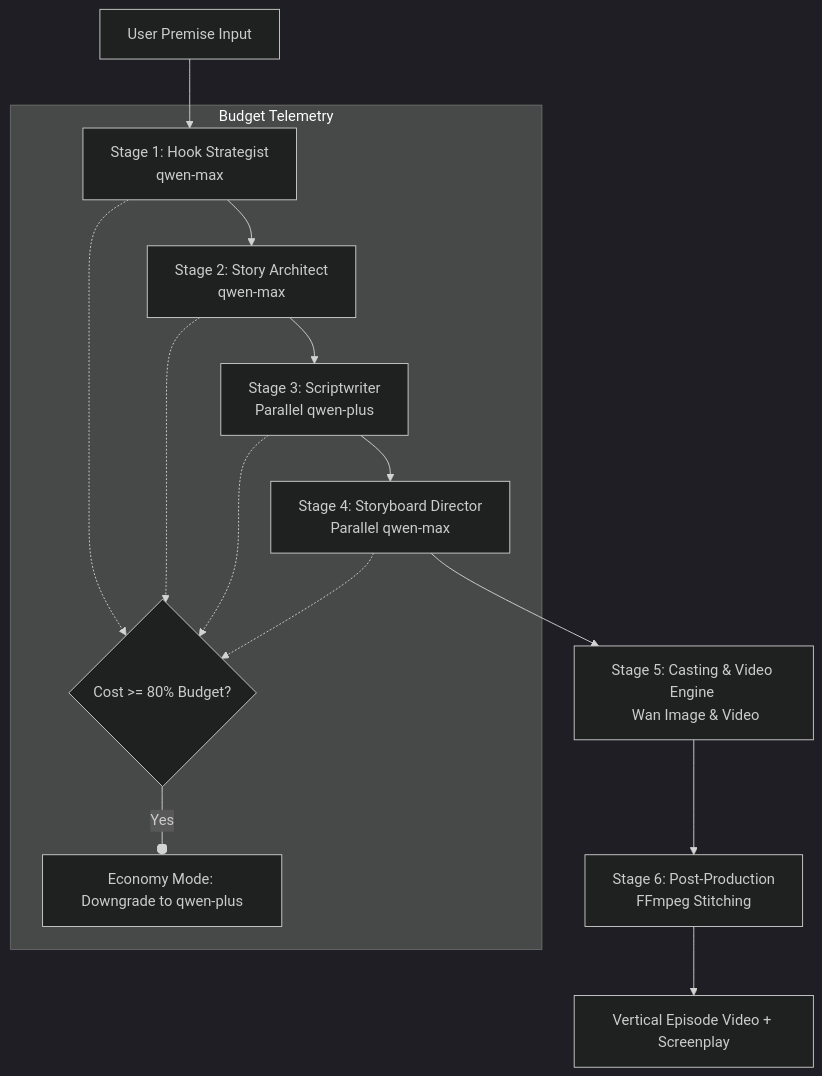
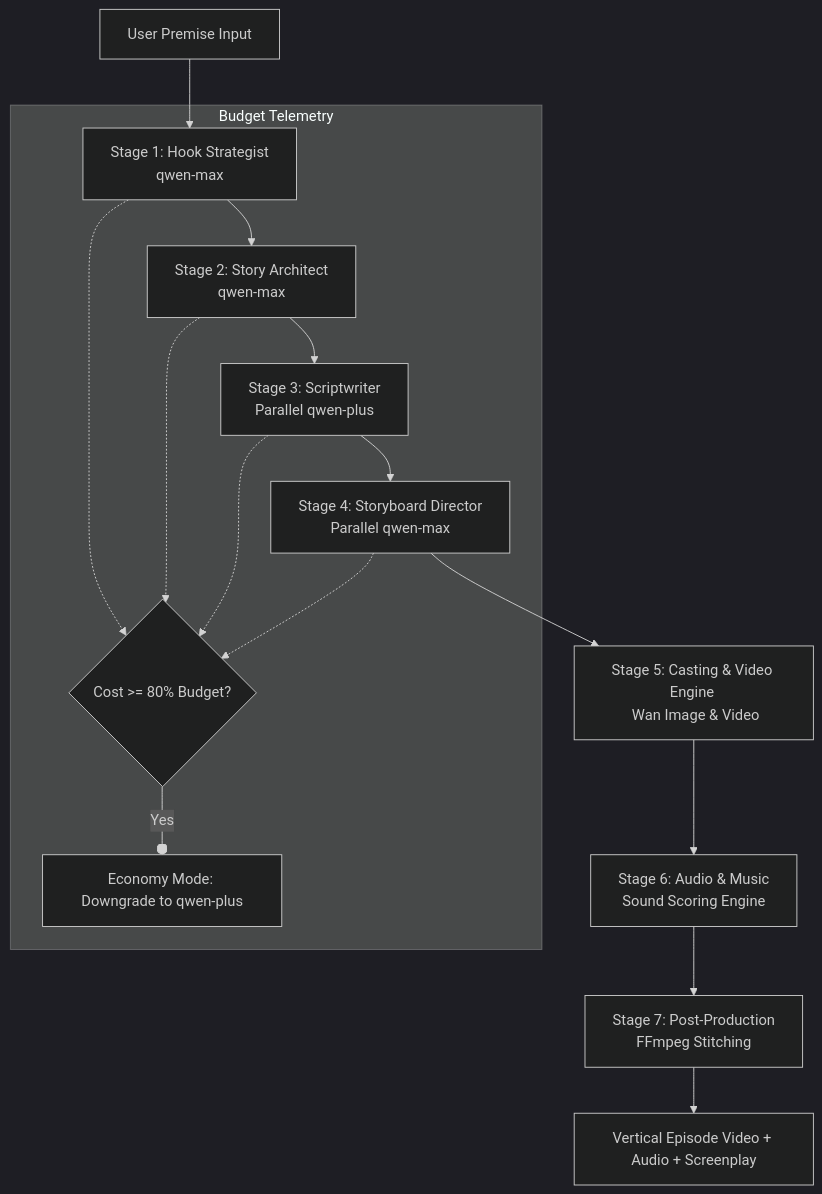
One commit to Dannyblaq15/drama-forge changed the diagram in README.md. Above: the diagram before and after it, drawn with Mermaid (dark theme). The commit also changed other lines of this file, not shown here.

Commit message:
docs: update README for unified 7-stage Next.js app and remove legacy frontend folder

````diff
--- a/README.md
+++ b/README.md
@@ -48,18 +53,19 @@
 ```mermaid
 graph TD
     Premise[User Premise Input] --> Stage1[Stage 1: Hook Strategist <br> qwen-max]
     Stage1 --> Stage2[Stage 2: Story Architect <br> qwen-max]
     Stage2 --> Stage3[Stage 3: Scriptwriter <br> Parallel qwen-plus]
     Stage3 --> Stage4[Stage 4: Storyboard Director <br> Parallel qwen-max]
     Stage4 --> Stage5[Stage 5: Casting & Video Engine <br> Wan Image & Video]
-    Stage5 --> Stage6[Stage 6: Post-Production <br> FFmpeg Stitching]
-    Stage6 --> FinalVideo[Vertical Episode Video + Screenplay]
+    Stage5 --> Stage6[Stage 6: Audio & Music <br> Sound Scoring Engine]
+    Stage6 --> Stage7[Stage 7: Post-Production <br> FFmpeg Stitching]
+    Stage7 --> FinalVideo[Vertical Episode Video + Audio + Screenplay]
 
     subgraph Budget Telemetry
         Stage1 -.-> CostCheck{Cost >= 80% Budget?}
         Stage2 -.-> CostCheck
         Stage3 -.-> CostCheck
         Stage4 -.-> CostCheck
         CostCheck -- Yes --o Economy[Economy Mode: Downgrade to qwen-plus]
     end
 ```
````
